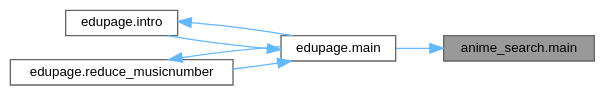
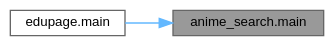
Before and after one commit to GrenManSK/ZnamE: the diagram in rtf/db/da2/namespaceanime__search_aa640ea940b9dd7e63d3d083f2f9acf8a_icgraph.dot, drawn with Graphviz. The commit also changed 422 other files, not shown here.

```diff
--- a/rtf/db/da2/namespaceanime__search_aa640ea940b9dd7e63d3d083f2f9acf8a_icgraph.dot
+++ b/rtf/db/da2/namespaceanime__search_aa640ea940b9dd7e63d3d083f2f9acf8a_icgraph.dot
@@ -1,17 +1,11 @@
 digraph "anime_search.main"
 {
  // LATEX_PDF_SIZE
   bgcolor="transparent";
   edge [fontname=Helvetica,fontsize=10,labelfontname=Helvetica,labelfontsize=10];
   node [fontname=Helvetica,fontsize=10,shape=box,height=0.2,width=0.4];
   rankdir="RL";
   Node1 [label="anime_search.main",height=0.2,width=0.4,color="gray40", fillcolor="grey60", style="filled", fontcolor="black",tooltip=" "];
   Node1 -> Node2 [dir="back",color="steelblue1",style="solid"];
   Node2 [label="edupage.main",height=0.2,width=0.4,color="grey40", fillcolor="white", style="filled",URL="$d0/d52/namespaceedupage.html#a187508ee0d9f19d584a130cc5cba0c27",tooltip=" "];
-  Node2 -> Node3 [dir="back",color="steelblue1",style="solid"];
-  Node3 [label="edupage.intro",height=0.2,width=0.4,color="grey40", fillcolor="white", style="filled",URL="$d0/d52/namespaceedupage.html#a316dc71e49505324d14deee19eccd566",tooltip=" "];
-  Node3 -> Node2 [dir="back",color="steelblue1",style="solid"];
-  Node2 -> Node4 [dir="back",color="steelblue1",style="solid"];
-  Node4 [label="edupage.reduce_musicnumber",height=0.2,width=0.4,color="grey40", fillcolor="white", style="filled",URL="$d0/d52/namespaceedupage.html#a11c2d421fc103b70ae07e919a3929cd8",tooltip=" "];
-  Node4 -> Node2 [dir="back",color="steelblue1",style="solid"];
 }
```
